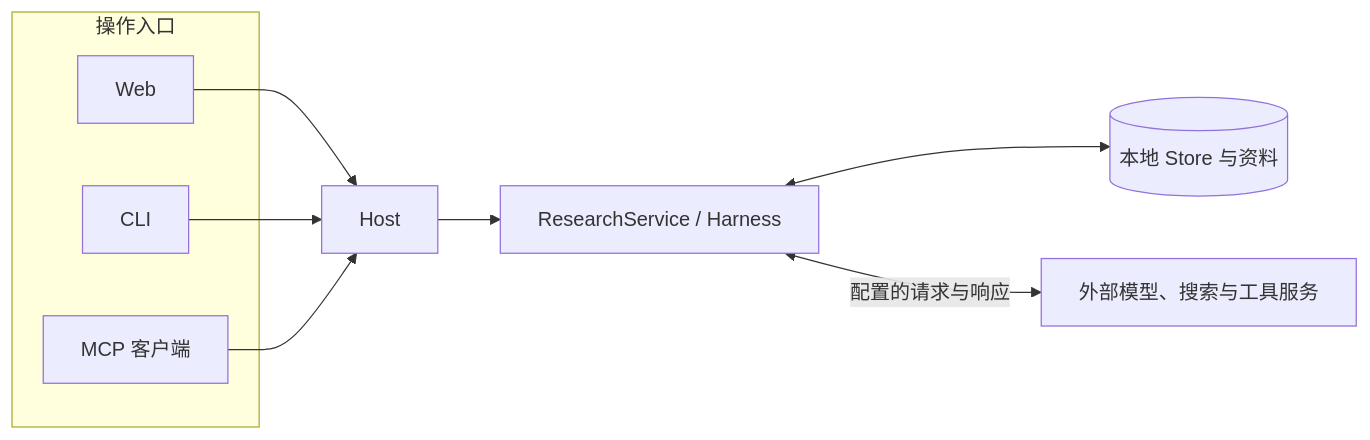
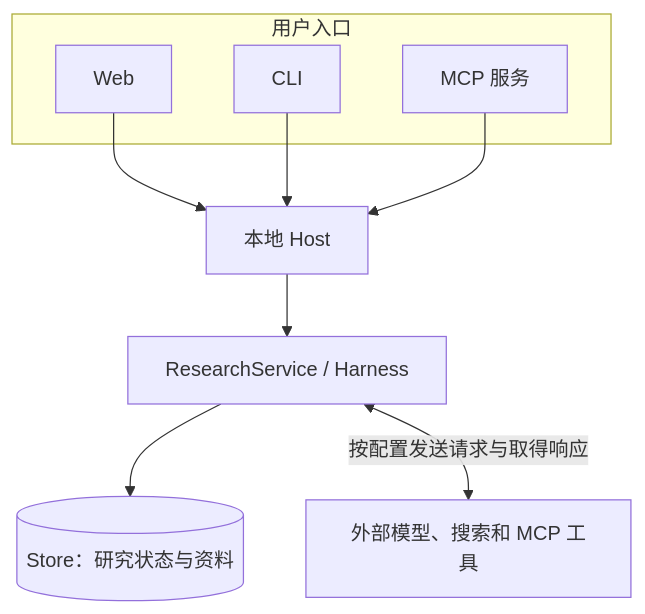
One commit to studyzhige-ui/Epivra changed the fifth of 5 diagrams in docs/technical-handbook/01-overview.md. Above: the diagram before and after it, drawn with Mermaid. The commit also changed other lines of this file, not shown here.

Commit message:
docs: revise chapter 01 for architecture reasoning, interview depth and clean chapter boundaries

````diff
--- a/docs/technical-handbook/01-overview.md
+++ b/docs/technical-handbook/01-overview.md
@@ -188,14 +156,14 @@
 ```mermaid
-flowchart LR
-    subgraph Client["操作入口"]
+flowchart TD
+    subgraph E["用户入口"]
         W["Web"]
         C["CLI"]
-        M["MCP 客户端"]
+        M["MCP 服务"]
     end
-    W --> H["Host"]
+    W --> H["本地 Host"]
     C --> H
     M --> H
-    H --> R["ResearchService / Harness"]
-    R <--> S[("本地 Store 与资料")]
-    R <-->|"配置的请求与响应"| X["外部模型、搜索与工具服务"]
+    H --> A["ResearchService / Harness"]
+    A --> S[("Store：研究状态与资料")]
+    A <-->|"按配置发送请求与取得响应"| X["外部模型、搜索和 MCP 工具"]
 ```
````
